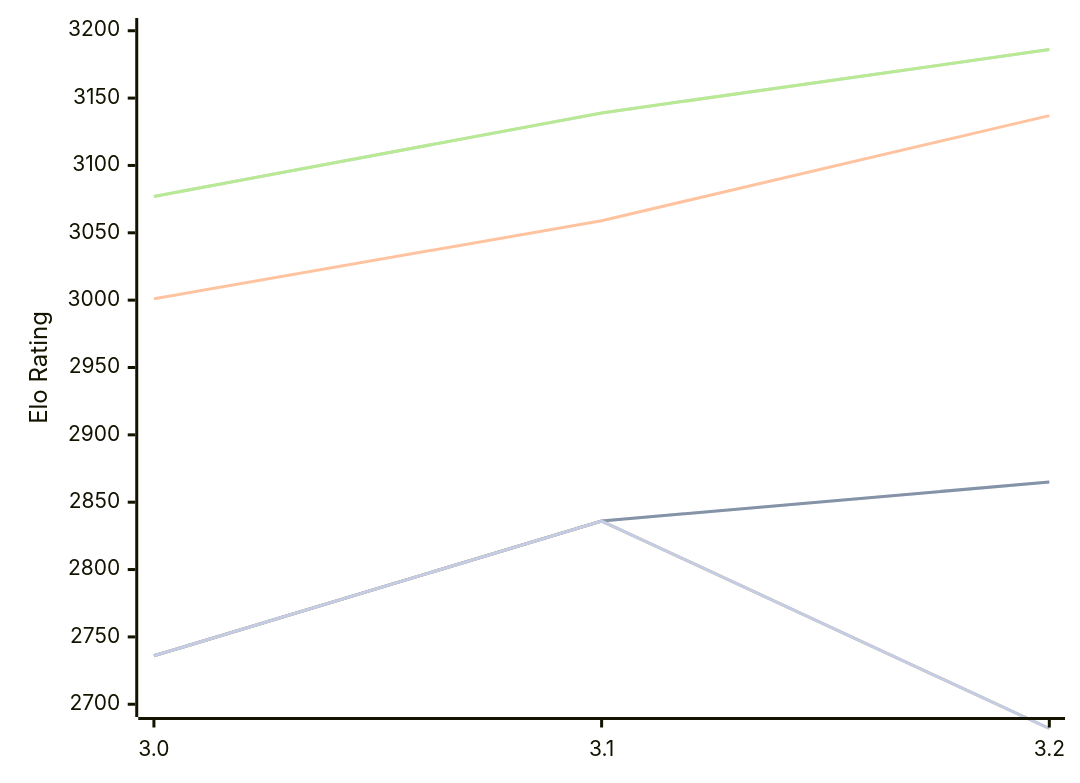
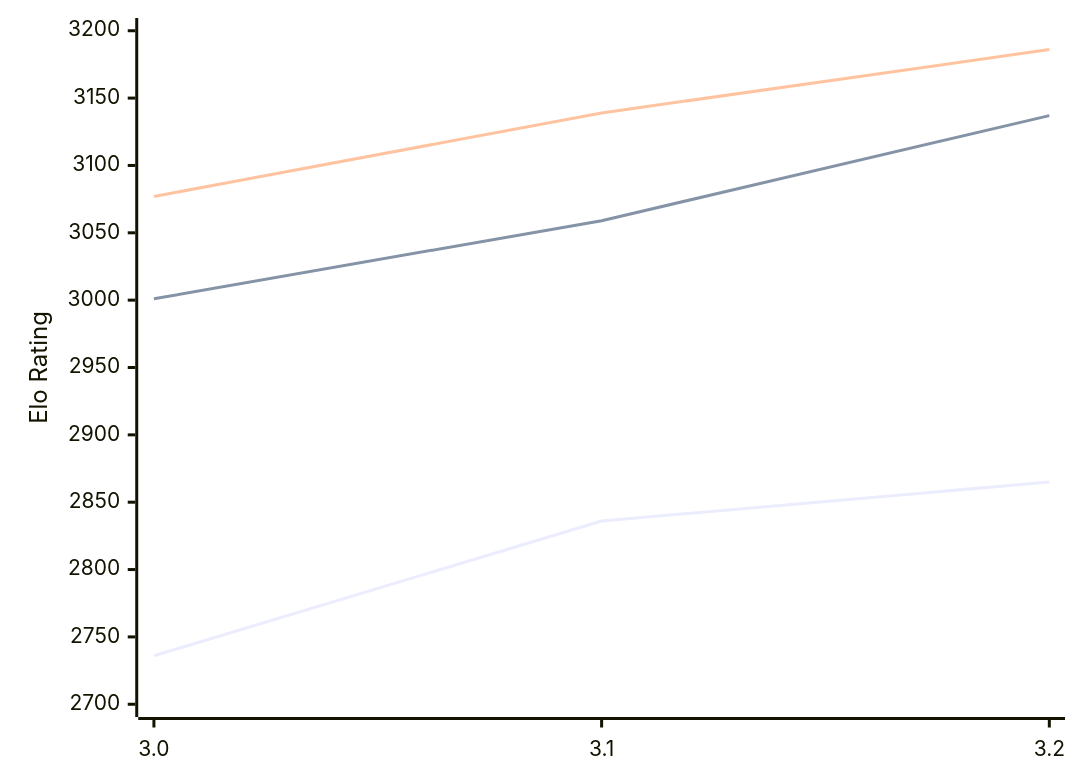
The diagram in engines/Vajolet2.md (computer-chess-index/cci), drawn with Mermaid before and after one commit. The commit also changed other lines of this file, not shown here.

````diff
--- a/engines/Vajolet2.md
+++ b/engines/Vajolet2.md
@@ -49,13 +49,9 @@
 ```mermaid
 %%{init: {"theme":"base","themeVariables":{"seriesColors:['#a3a3a3','#222221','#faa371']}}}%%
 xychart-beta
   x-axis ["3.0", "3.1", "3.2"]
   y-axis "Elo Rating" 2700 --> 3200
-  line "" [2736, 2836, 2865]
   line "T1: STC (8.0+0.08s)" [2736, 2836, 2865]
   line "T1: LTC (60.0+0.60s)" [3001, 3059, 3137]
-  line "" [3077, 3139, 3186]
   line "T1: VLTC (2m24s+1.12s)" [3077, 3139, 3186]
-  line "" [2736, 2836,2682]
-  line "E1: STC (8.0+0.08s)" [2736, 2836,2682]
 ```
````
